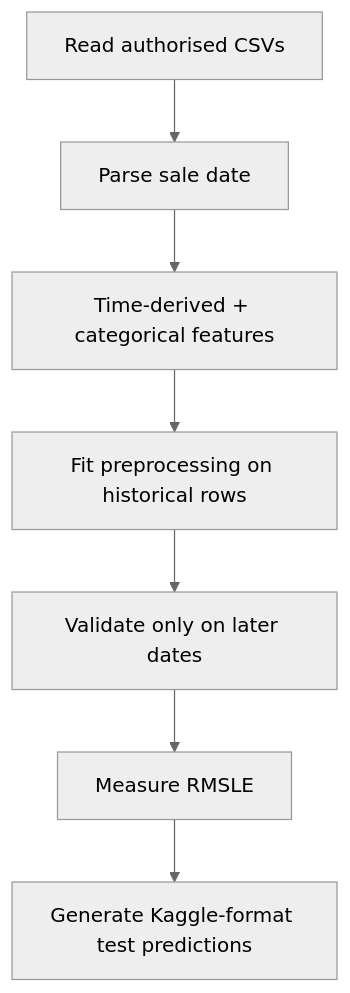
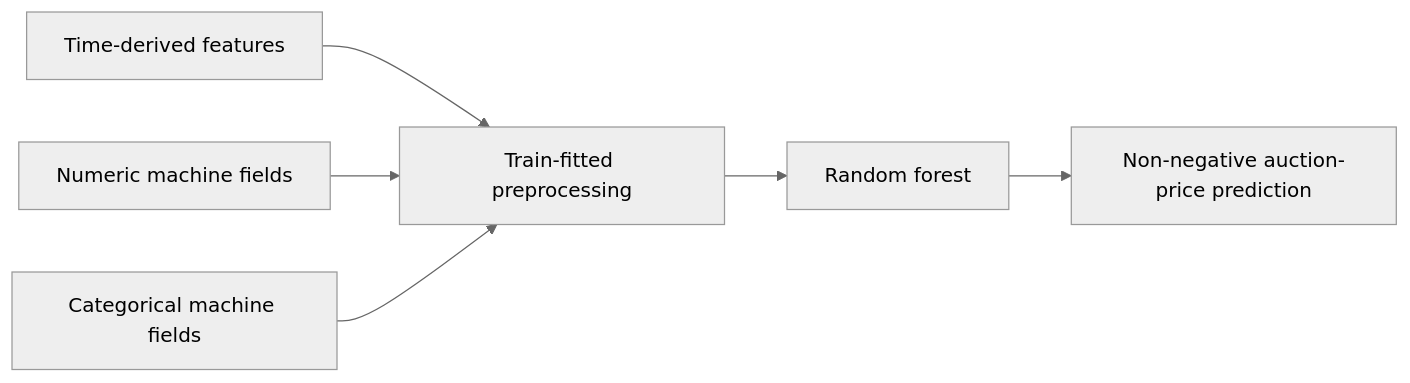
The second of 3 diagrams in 04-bulldozer-price-regression/README.md (CHAITANYA-2002/machine-learning-projects), drawn with Mermaid (neutral theme) before and after one commit. The commit also changed other lines of this file and 109 other files, not shown here.

````diff
--- a/04-bulldozer-price-regression/README.md
+++ b/04-bulldozer-price-regression/README.md
@@ -62,9 +104,8 @@
 ```mermaid
-flowchart TB
-    A[Read authorised CSVs] --> B[Parse sale date]
-    B --> C[Time-derived + categorical features]
-    C --> D[Fit preprocessing on historical rows]
-    D --> E[Validate only on later dates]
-    E --> F[Measure RMSLE]
-    F --> G[Generate Kaggle-format test predictions]
+flowchart LR
+    A[Time-derived features] --> D[Train-fitted preprocessing]
+    B[Numeric machine fields] --> D
+    C[Categorical machine fields] --> D
+    D --> E[Random forest]
+    E --> F[Non-negative auction-price prediction]
 ```
````
